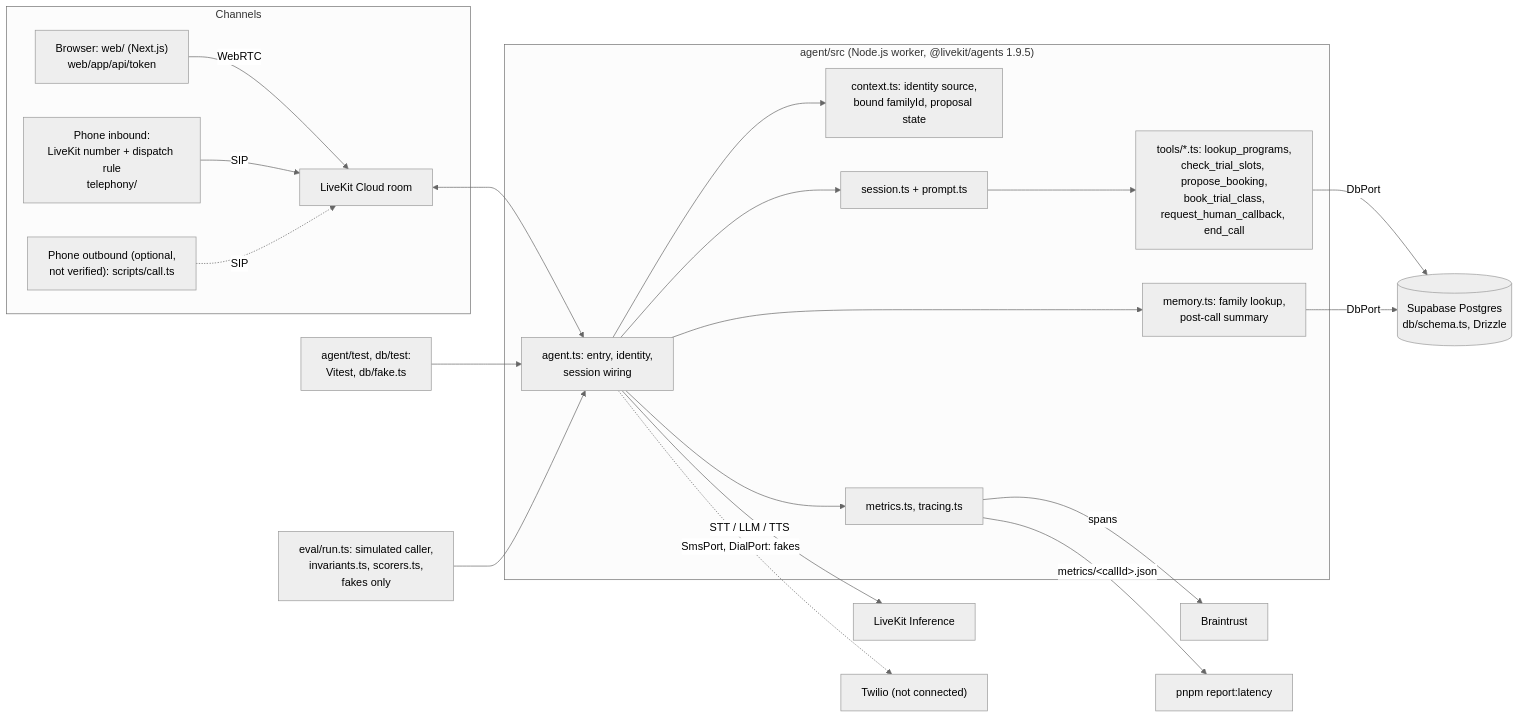
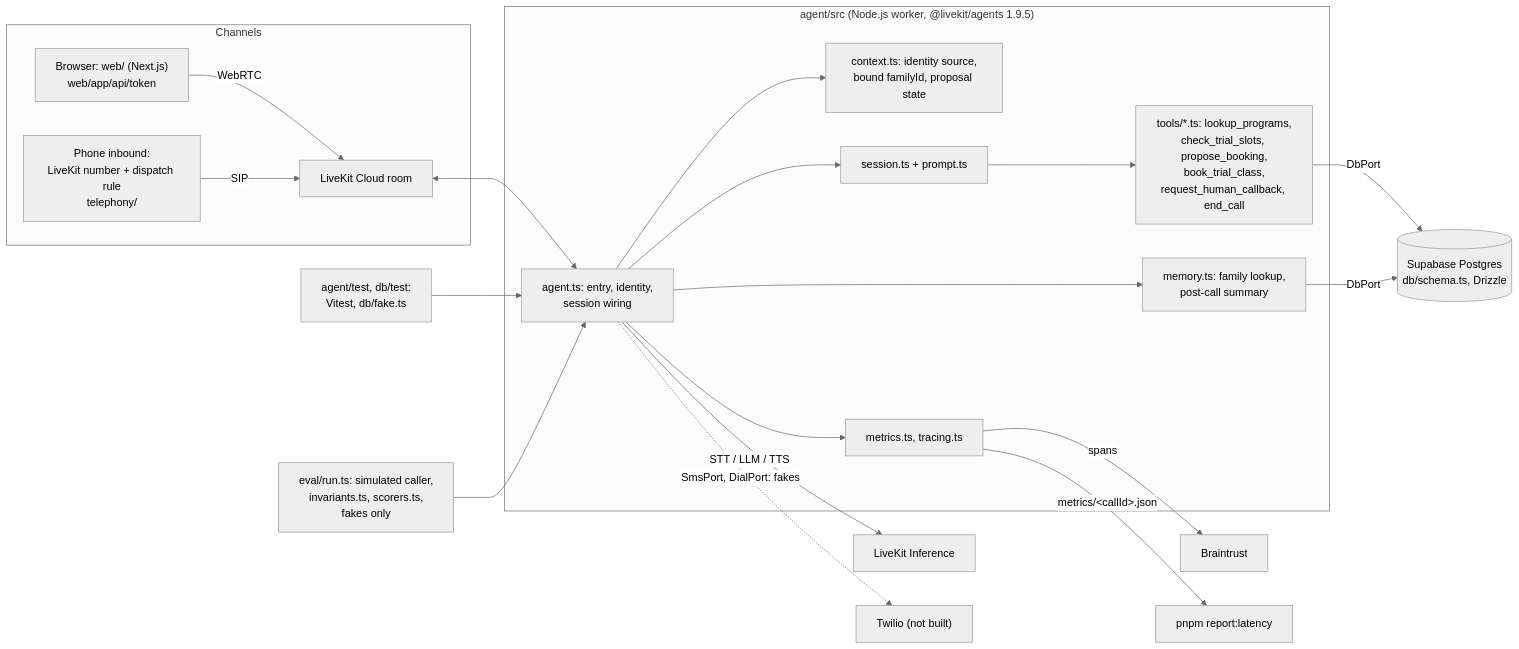
One commit to umutc/movo-voice-demo changed the second of 2 diagrams in README.md. Above: the diagram before and after it, drawn with Mermaid (neutral theme). The commit also changed other lines of this file and 7 other files, not shown here.

````diff
--- a/README.md
+++ b/README.md
@@ -140,24 +140,23 @@
 ```mermaid
 flowchart LR
   subgraph Channels
     B["Browser: web/ (Next.js)<br/>web/app/api/token"] -->|WebRTC| LK
     P["Phone inbound:<br/>LiveKit number + dispatch rule<br/>telephony/"] -->|SIP| LK
-    O["Phone outbound (optional,<br/>not verified): scripts/call.ts"] -.->|SIP| LK
   end
   LK["LiveKit Cloud room"] <--> A
   subgraph Worker["agent/src (Node.js worker, @livekit/agents 1.9.5)"]
     A["agent.ts: entry, identity,<br/>session wiring"] --> C["context.ts: identity source,<br/>bound familyId, proposal state"]
     A --> S["session.ts + prompt.ts"]
     S --> T["tools/*.ts: lookup_programs,<br/>check_trial_slots, propose_booking,<br/>book_trial_class,<br/>request_human_callback, end_call"]
     A --> M["memory.ts: family lookup,<br/>post-call summary"]
     A --> X["metrics.ts, tracing.ts"]
   end
   A -->|STT / LLM / TTS| INF["LiveKit Inference"]
   T -->|DbPort| DB[("Supabase Postgres<br/>db/schema.ts, Drizzle")]
   M -->|DbPort| DB
-  A -.->|SmsPort, DialPort: fakes| TW["Twilio (not connected)"]
+  A -.->|SmsPort, DialPort: fakes| TW["Twilio (not built)"]
   X -->|spans| BT["Braintrust"]
   X -->|"metrics/&lt;callId&gt;.json"| R["pnpm report:latency"]
   TEST["agent/test, db/test:<br/>Vitest, db/fake.ts"] --> A
   EV["eval/run.ts: simulated caller,<br/>invariants.ts, scorers.ts,<br/>fakes only"] --> A
 ```
````
